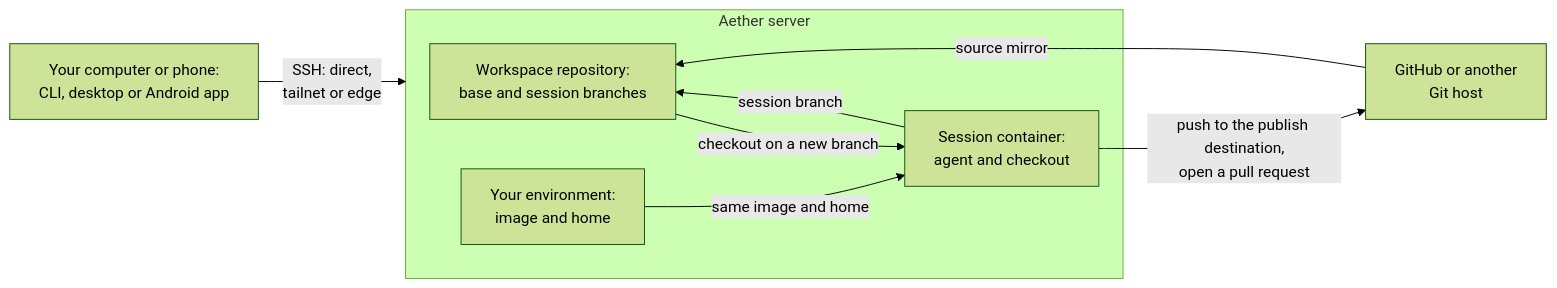
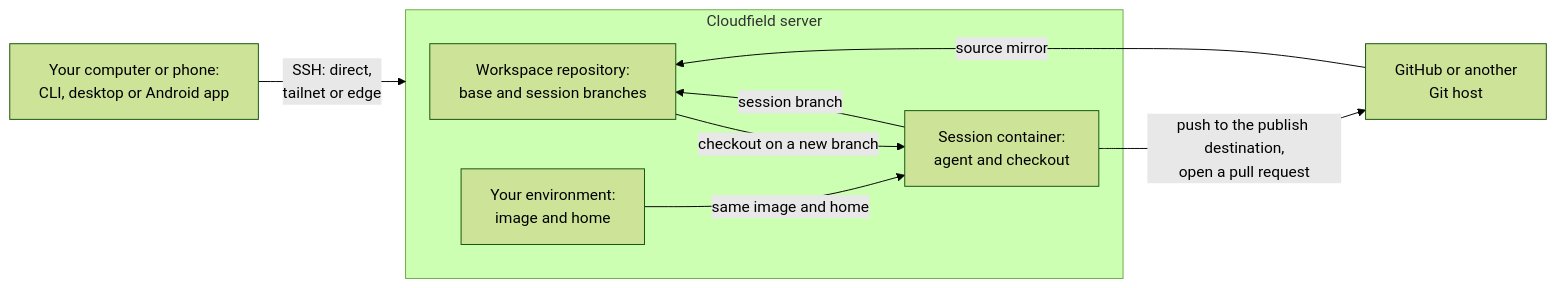
One commit to 3xDevOps/aether changed the diagram in docs/README.md. Above: the diagram before and after it, drawn with Mermaid (forest theme). The commit also changed other lines of this file and 40 other files, not shown here.

````diff
--- a/docs/README.md
+++ b/docs/README.md
@@ -40,14 +40,14 @@
 ```mermaid
 flowchart LR
     client["Your computer or phone:<br>CLI, desktop or Android app"] -->|"SSH: direct,<br>tailnet or edge"| server
     git["GitHub or another<br>Git host"] -->|"source mirror"| ws
-    subgraph server["Aether server"]
+    subgraph server["Cloudfield server"]
         ws["Workspace repository:<br>base and session branches"]
         env["Your environment:<br>image and home"]
         run["Session container:<br>agent and checkout"]
     end
     ws -->|"checkout on a new branch"| run
     run -->|"session branch"| ws
     env -->|"same image and home"| run
     run -->|"push to the publish destination,<br>open a pull request"| git
 ```
````
